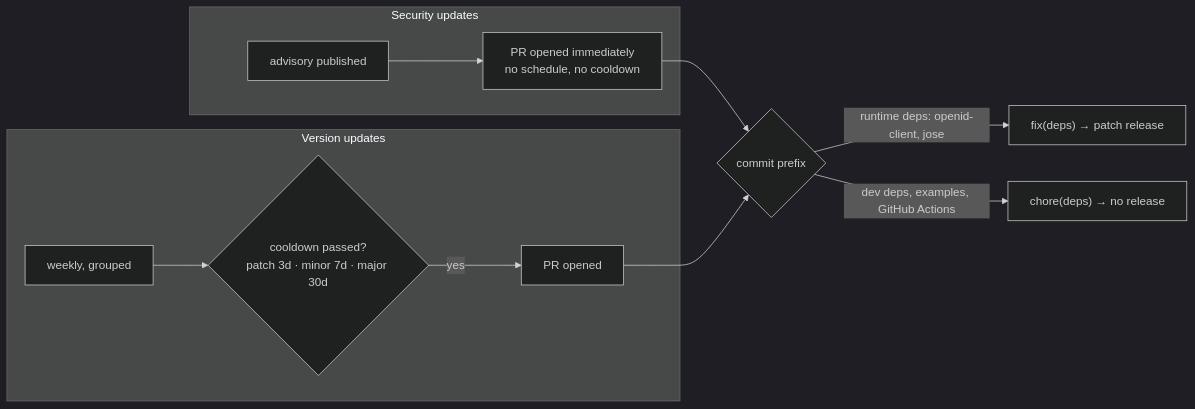
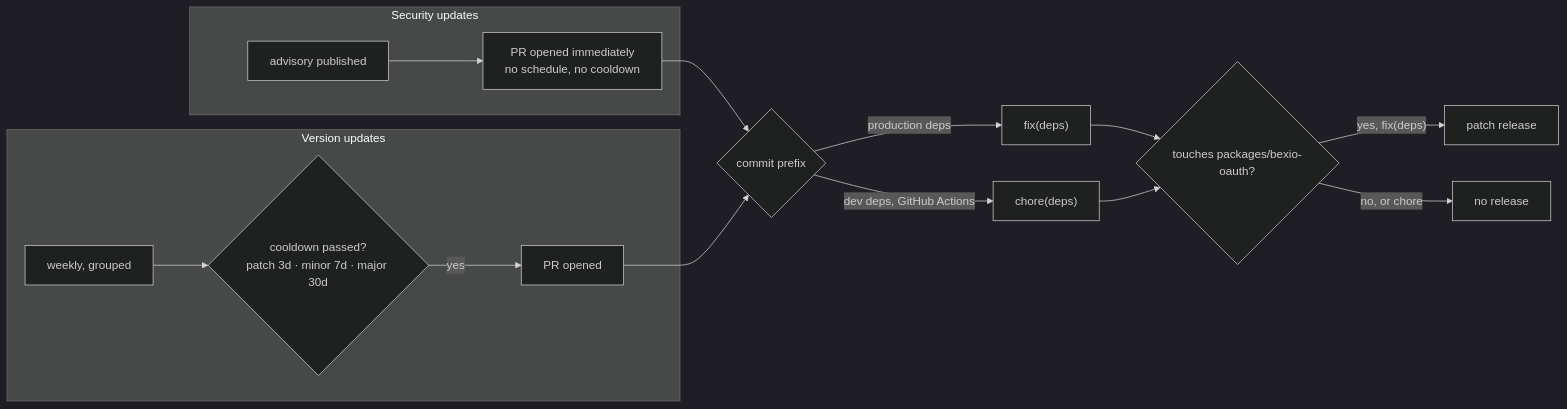
One commit to SoulcodeAgency/bexio-oauth changed the fifth of 5 diagrams in docs/development.md. Above: the diagram before and after it, drawn with Mermaid (dark theme). The commit also changed other lines of this file and 13 other files, not shown here.

````diff
--- a/docs/development.md
+++ b/docs/development.md
@@ -169,13 +174,16 @@
 ```mermaid
 flowchart LR
     subgraph sec ["Security updates"]
         A1["advisory published"] --> A2["PR opened immediately<br/>no schedule, no cooldown"]
     end
     subgraph ver ["Version updates"]
         B1["weekly, grouped"] --> B2{"cooldown passed?<br/>patch 3d · minor 7d · major 30d"}
         B2 -->|yes| B3["PR opened"]
     end
     A2 & B3 --> P{"commit prefix"}
-    P -->|"runtime deps: openid-client, jose"| F["fix(deps) → patch release"]
-    P -->|"dev deps, examples, GitHub Actions"| C["chore(deps) → no release"]
+    P -->|"production deps"| F["fix(deps)"]
+    P -->|"dev deps, GitHub Actions"| C["chore(deps)"]
+    F & C --> R{"touches packages/bexio-oauth?"}
+    R -->|"yes, fix(deps)"| Rel["patch release"]
+    R -->|"no, or chore"| NoRel["no release"]
 ```
````
